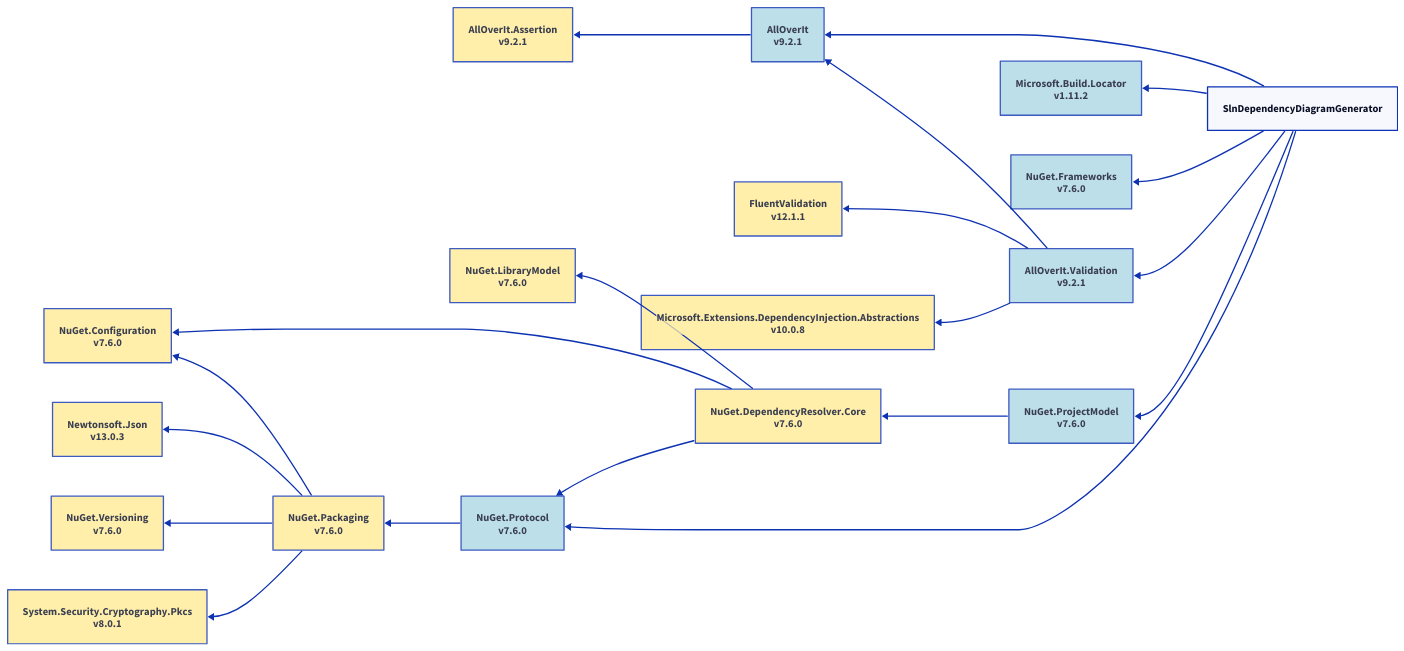
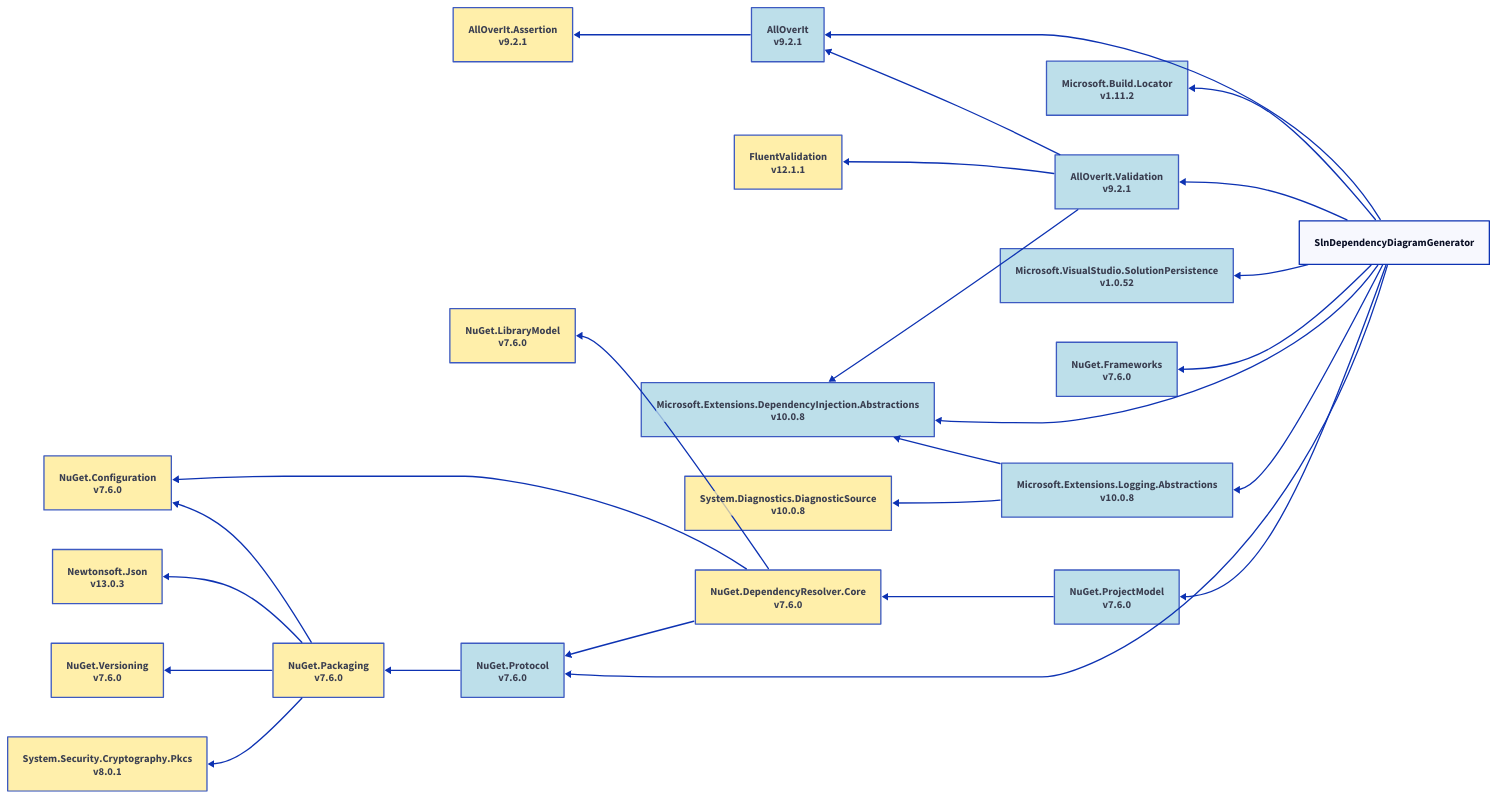
One commit to mjfreelancing/SlnDependencyDiagramGenerator changed the diagram in Samples/Output/net9.0/d2/slndependencydiagramgenerator.d2. Above: the diagram before and after it, drawn with D2. The commit also changed 81 other files, not shown here.

Commit message:
Sample project cleanup and diagram re-generation

```diff
--- a/Samples/Output/net9.0/d2/slndependencydiagramgenerator.d2
+++ b/Samples/Output/net9.0/d2/slndependencydiagramgenerator.d2
@@ -1,70 +1,84 @@
 direction: left
 
 slndependencydiagramgenerator: SlnDependencyDiagramGenerator
 alloverit_9-2-1: AllOverIt\nv9.2.1
 alloverit-assertion_9-2-1: AllOverIt.Assertion\nv9.2.1
 alloverit-validation_9-2-1: AllOverIt.Validation\nv9.2.1
 fluentvalidation_12-1-1: FluentValidation\nv12.1.1
 microsoft-extensions-dependencyinjection-abstractions_10-0-8: Microsoft.Extensions.DependencyInjection.Abstractions\nv10.0.8
 microsoft-build-locator_1-11-2: Microsoft.Build.Locator\nv1.11.2
+microsoft-extensions-logging-abstractions_10-0-8: Microsoft.Extensions.Logging.Abstractions\nv10.0.8
+system-diagnostics-diagnosticsource_10-0-8: System.Diagnostics.DiagnosticSource\nv10.0.8
+microsoft-visualstudio-solutionpersistence_1-0-52: Microsoft.VisualStudio.SolutionPersistence\nv1.0.52
 nuget-frameworks_7-6-0: NuGet.Frameworks\nv7.6.0
 nuget-projectmodel_7-6-0: NuGet.ProjectModel\nv7.6.0
 nuget-dependencyresolver-core_7-6-0: NuGet.DependencyResolver.Core\nv7.6.0
 nuget-configuration_7-6-0: NuGet.Configuration\nv7.6.0
 nuget-librarymodel_7-6-0: NuGet.LibraryModel\nv7.6.0
 nuget-protocol_7-6-0: NuGet.Protocol\nv7.6.0
 nuget-packaging_7-6-0: NuGet.Packaging\nv7.6.0
 newtonsoft-json_13-0-3: Newtonsoft.Json\nv13.0.3
 nuget-versioning_7-6-0: NuGet.Versioning\nv7.6.0
 system-security-cryptography-pkcs_8-0-1: System.Security.Cryptography.Pkcs\nv8.0.1
 alloverit_9-2-1 <- slndependencydiagramgenerator
 alloverit-assertion_9-2-1 <- alloverit_9-2-1
 alloverit-validation_9-2-1 <- slndependencydiagramgenerator
 alloverit_9-2-1 <- alloverit-validation_9-2-1
 fluentvalidation_12-1-1 <- alloverit-validation_9-2-1
 microsoft-extensions-dependencyinjection-abstractions_10-0-8 <- alloverit-validation_9-2-1
 microsoft-build-locator_1-11-2 <- slndependencydiagramgenerator
+microsoft-extensions-dependencyinjection-abstractions_10-0-8 <- slndependencydiagramgenerator
+microsoft-extensions-logging-abstractions_10-0-8 <- slndependencydiagramgenerator
+microsoft-extensions-dependencyinjection-abstractions_10-0-8 <- microsoft-extensions-logging-abstractions_10-0-8
+system-diagnostics-diagnosticsource_10-0-8 <- microsoft-extensions-logging-abstractions_10-0-8
+microsoft-visualstudio-solutionpersistence_1-0-52 <- slndependencydiagramgenerator
 nuget-frameworks_7-6-0 <- slndependencydiagramgenerator
 nuget-projectmodel_7-6-0 <- slndependencydiagramgenerator
 nuget-dependencyresolver-core_7-6-0 <- nuget-projectmodel_7-6-0
 nuget-configuration_7-6-0 <- nuget-dependencyresolver-core_7-6-0
 nuget-librarymodel_7-6-0 <- nuget-dependencyresolver-core_7-6-0
 nuget-protocol_7-6-0 <- nuget-dependencyresolver-core_7-6-0
 nuget-protocol_7-6-0 <- slndependencydiagramgenerator
 nuget-packaging_7-6-0 <- nuget-protocol_7-6-0
 newtonsoft-json_13-0-3 <- nuget-packaging_7-6-0
 nuget-configuration_7-6-0 <- nuget-packaging_7-6-0
 nuget-versioning_7-6-0 <- nuget-packaging_7-6-0
 system-security-cryptography-pkcs_8-0-1 <- nuget-packaging_7-6-0
 alloverit_9-2-1.style.fill: "#ADD8E6"
 alloverit_9-2-1.style.opacity: 0.8
 alloverit-assertion_9-2-1.style.fill: "#FFEC96"
 alloverit-assertion_9-2-1.style.opacity: 0.8
 alloverit-validation_9-2-1.style.fill: "#ADD8E6"
 alloverit-validation_9-2-1.style.opacity: 0.8
 fluentvalidation_12-1-1.style.fill: "#FFEC96"
 fluentvalidation_12-1-1.style.opacity: 0.8
-microsoft-extensions-dependencyinjection-abstractions_10-0-8.style.fill: "#FFEC96"
+microsoft-extensions-dependencyinjection-abstractions_10-0-8.style.fill: "#ADD8E6"
 microsoft-extensions-dependencyinjection-abstractions_10-0-8.style.opacity: 0.8
 microsoft-build-locator_1-11-2.style.fill: "#ADD8E6"
 microsoft-build-locator_1-11-2.style.opacity: 0.8
+microsoft-extensions-logging-abstractions_10-0-8.style.fill: "#ADD8E6"
+microsoft-extensions-logging-abstractions_10-0-8.style.opacity: 0.8
+system-diagnostics-diagnosticsource_10-0-8.style.fill: "#FFEC96"
+system-diagnostics-diagnosticsource_10-0-8.style.opacity: 0.8
+microsoft-visualstudio-solutionpersistence_1-0-52.style.fill: "#ADD8E6"
+microsoft-visualstudio-solutionpersistence_1-0-52.style.opacity: 0.8
 nuget-frameworks_7-6-0.style.fill: "#ADD8E6"
 nuget-frameworks_7-6-0.style.opacity: 0.8
 nuget-projectmodel_7-6-0.style.fill: "#ADD8E6"
 nuget-projectmodel_7-6-0.style.opacity: 0.8
 nuget-dependencyresolver-core_7-6-0.style.fill: "#FFEC96"
 nuget-dependencyresolver-core_7-6-0.style.opacity: 0.8
 nuget-configuration_7-6-0.style.fill: "#FFEC96"
 nuget-configuration_7-6-0.style.opacity: 0.8
 nuget-librarymodel_7-6-0.style.fill: "#FFEC96"
 nuget-librarymodel_7-6-0.style.opacity: 0.8
 nuget-protocol_7-6-0.style.fill: "#ADD8E6"
 nuget-protocol_7-6-0.style.opacity: 0.8
 nuget-packaging_7-6-0.style.fill: "#FFEC96"
 nuget-packaging_7-6-0.style.opacity: 0.8
 newtonsoft-json_13-0-3.style.fill: "#FFEC96"
 newtonsoft-json_13-0-3.style.opacity: 0.8
 nuget-versioning_7-6-0.style.fill: "#FFEC96"
 nuget-versioning_7-6-0.style.opacity: 0.8
 system-security-cryptography-pkcs_8-0-1.style.fill: "#FFEC96"
 system-security-cryptography-pkcs_8-0-1.style.opacity: 0.8
```
